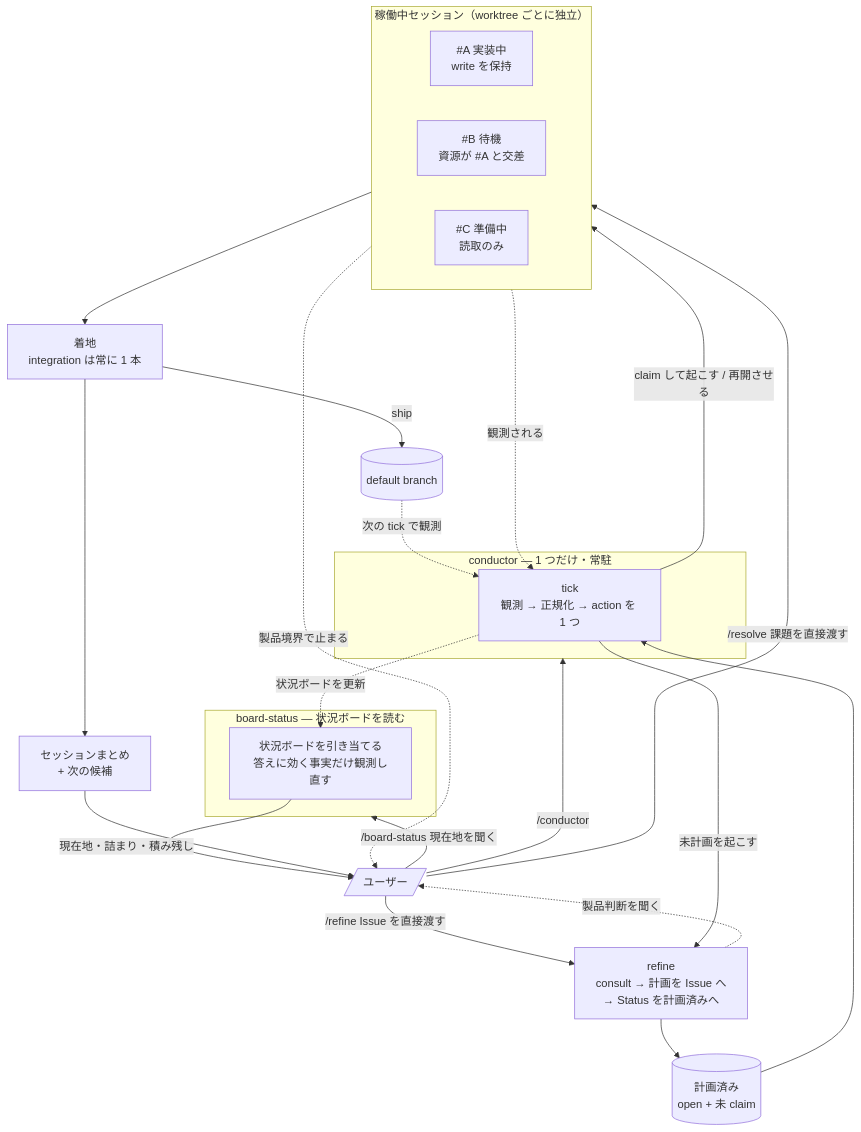
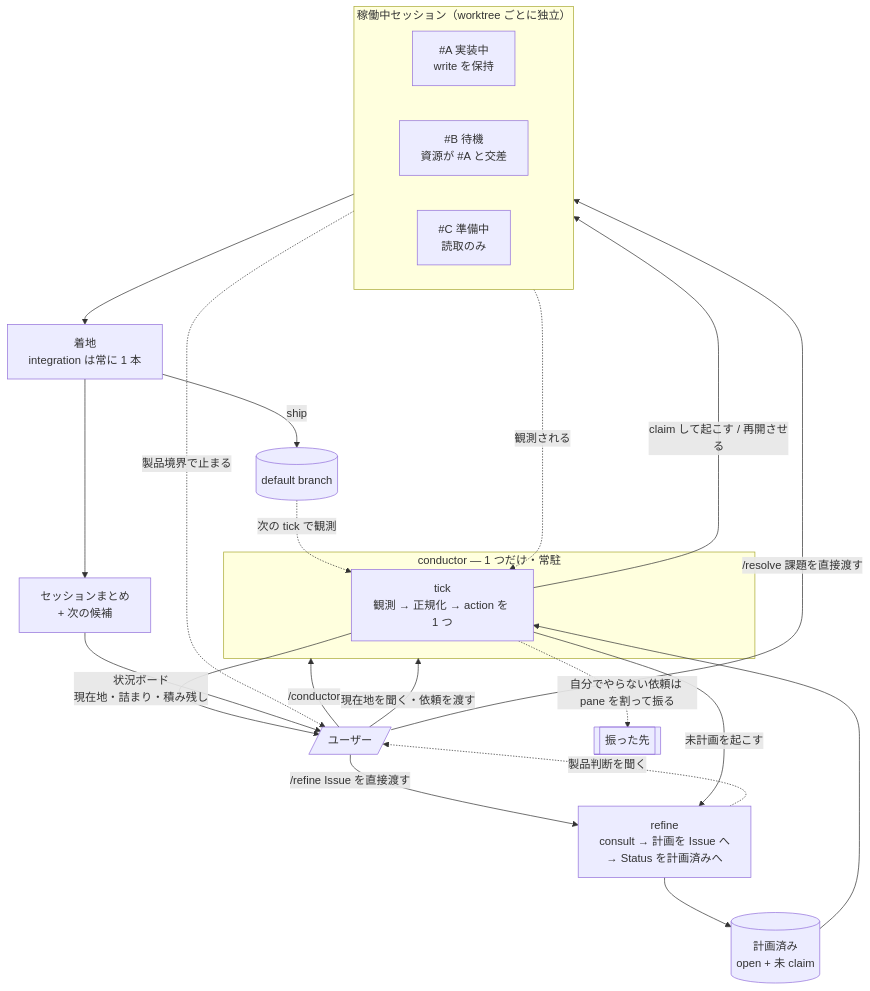
Before and after one commit to usagizmo/agentfiles: the diagram in agents/docs/README.md, drawn with Mermaid. The commit also changed other lines of this file and 5 other files, not shown here.

First line of the commit message:
🔥 [agents] board-status が、conductor の出力を読むだけの層を 1 段作っていた

````diff
--- a/agents/docs/README.md
+++ b/agents/docs/README.md
@@ -27,38 +27,34 @@
 ```mermaid
 flowchart TB
-    U[/ユーザー/] -->|/board-status 現在地を聞く| BS
-    U -->|/conductor| AP
+    U[/ユーザー/] -->|/conductor| AP
+    U -->|現在地を聞く・依頼を渡す| AP
     U -->|/resolve 課題を直接渡す| RUN
     U -->|/refine Issue を直接渡す| G
-
-    subgraph BS["board-status — 状況ボードを読む"]
-        READ["状況ボードを引き当てる<br/>答えに効く事実だけ観測し直す"]
-    end
 
     subgraph AP["conductor — 1 つだけ・常駐"]
         TICK["tick<br/>観測 → 正規化 → action を 1 つ"]
     end
 
-    TICK -.状況ボードを更新.-> READ
-    READ -->|現在地・詰まり・積み残し| U
+    TICK -->|状況ボード<br/>現在地・詰まり・積み残し| U
+    TICK -.自分でやらない依頼は pane を割って振る.-> DEL[["振った先"]]
 
     TICK -->|未計画を起こす| G["refine<br/>consult → 計画を Issue へ<br/>→ Status を計画済みへ"]
     G --> Q[("計画済み<br/>open + 未 claim")]
     Q --> TICK
 
     subgraph RUN["稼働中セッション（worktree ごとに独立）"]
         direction LR
         SA["#A 実装中<br/>write を保持"]
         SB["#B 待機<br/>資源が #A と交差"]
         SC["#C 準備中<br/>読取のみ"]
     end
 
     TICK -->|claim して起こす / 再開させる| RUN
     RUN -.観測される.-> TICK
     SA --> LAND["着地<br/>integration は常に 1 本"]
     LAND -->|ship| MAIN[(default branch)]
     MAIN -.次の tick で観測.-> TICK
     LAND --> RP[セッションまとめ<br/>+ 次の候補] --> U
     G -.製品判断を聞く.-> U
     RUN -.製品境界で止まる.-> U
 ```
````
